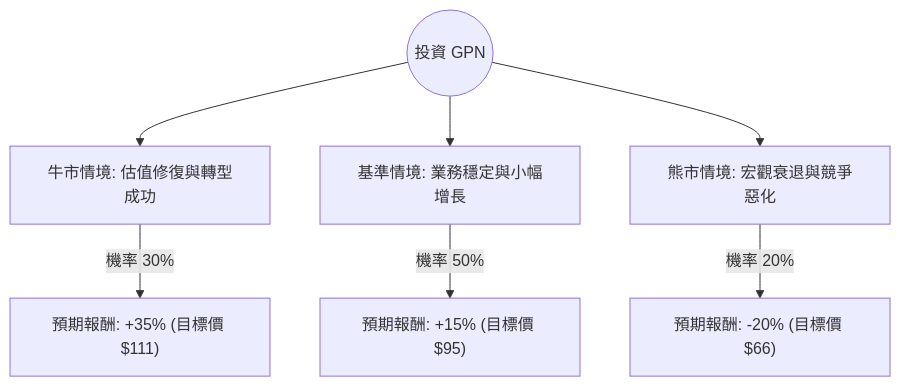
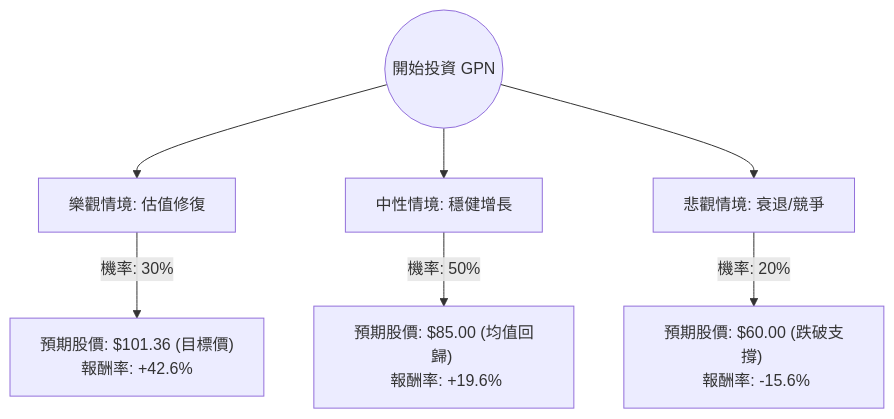
One commit to zmcx16/zmcx16.github.io changed the diagram in plugin-react/ai-analysis/ev-analysis/GPN.md. Above: the diagram before and after it, drawn with Mermaid. The commit also changed other lines of this file and 80 other files, not shown here.

````diff
--- a/plugin-react/ai-analysis/ev-analysis/GPN.md
+++ b/plugin-react/ai-analysis/ev-analysis/GPN.md
@@ -21,10 +19,10 @@
 ```mermaid
 graph TD
-    Start((投資 GPN)) --> Bull[牛市情境: 估值修復與轉型成功]
-    Start --> Base[基準情境: 業務穩定與小幅增長]
-    Start --> Bear[熊市情境: 宏觀衰退與競爭惡化]
+    Start((開始投資 GPN)) --> Bull[樂觀情境: 估值修復]
+    Start --> Base[中性情境: 穩健增長]
+    Start --> Bear[悲觀情境: 衰退/競爭]
 
-    Bull -- "機率 30%" --> BullResult["預期報酬: +35% (目標價 $111)"]
-    Base -- "機率 50%" --> BaseResult["預期報酬: +15% (目標價 $95)"]
-    Bear -- "機率 20%" --> BearResult["預期報酬: -20% (目標價 $66)"]
+    Bull -- "機率: 30%" --> BullVal["預期股價: $101.36 (目標價) <br> 報酬率: +42.6%"]
+    Base -- "機率: 50%" --> BaseVal["預期股價: $85.00 (均值回歸) <br> 報酬率: +19.6%"]
+    Bear -- "機率: 20%" --> BearVal["預期股價: $60.00 (跌破支撐) <br> 報酬率: -15.6%"]
 ```
````
